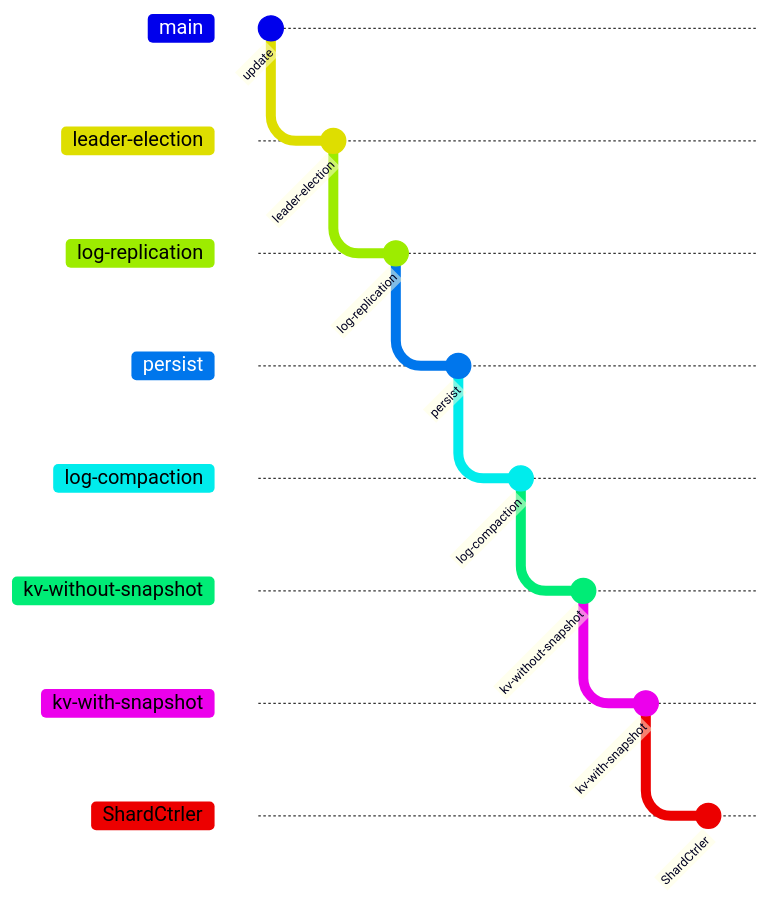
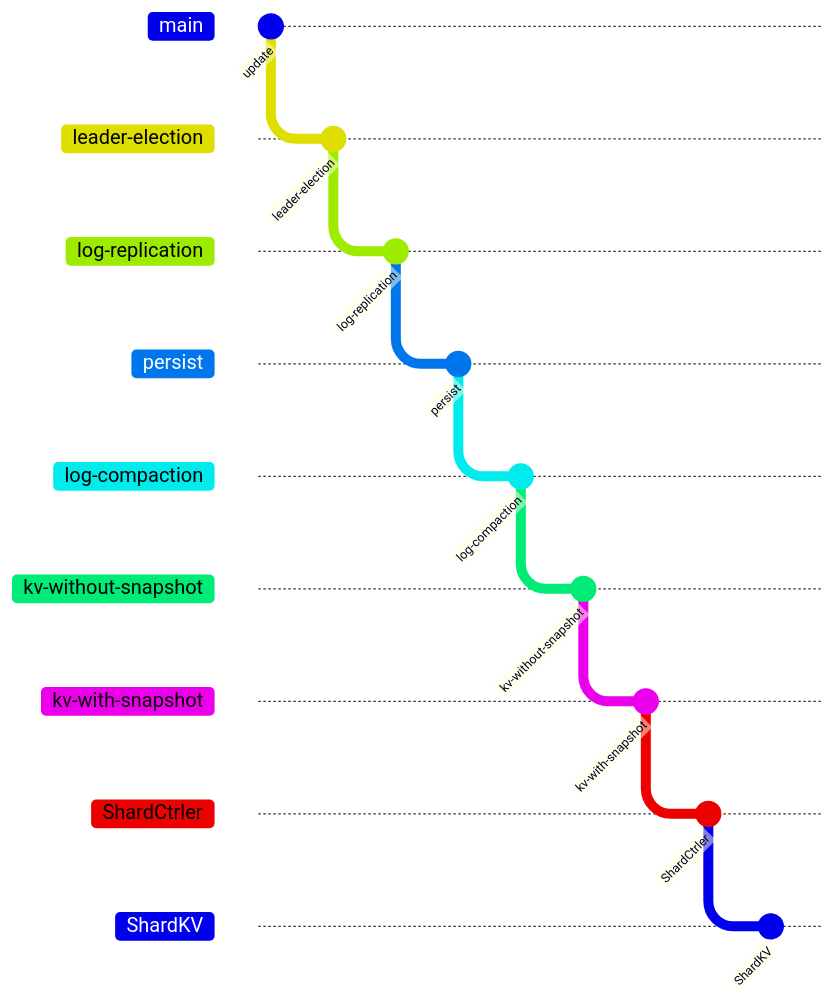
One commit to Ferriem/6.5840 changed the diagram in README.md. Above: the diagram before and after it, drawn with Mermaid. The commit also changed other lines of this file, not shown here.

````diff
--- a/README.md
+++ b/README.md
@@ -7,18 +7,20 @@
 ```mermaid
 gitGraph
 	commit id: "update"
   branch leader-election
   commit id: "leader-election"
   branch log-replication
   commit id: "log-replication"
   branch persist
   commit id: "persist"
   branch log-compaction
   commit id: "log-compaction"
   branch kv-without-snapshot
   commit id: "kv-without-snapshot"
   branch kv-with-snapshot
   commit id: "kv-with-snapshot"
   branch ShardCtrler
   commit id: "ShardCtrler"
+  branch ShardKV
+  commit id: "ShardKV"
 ```
````
